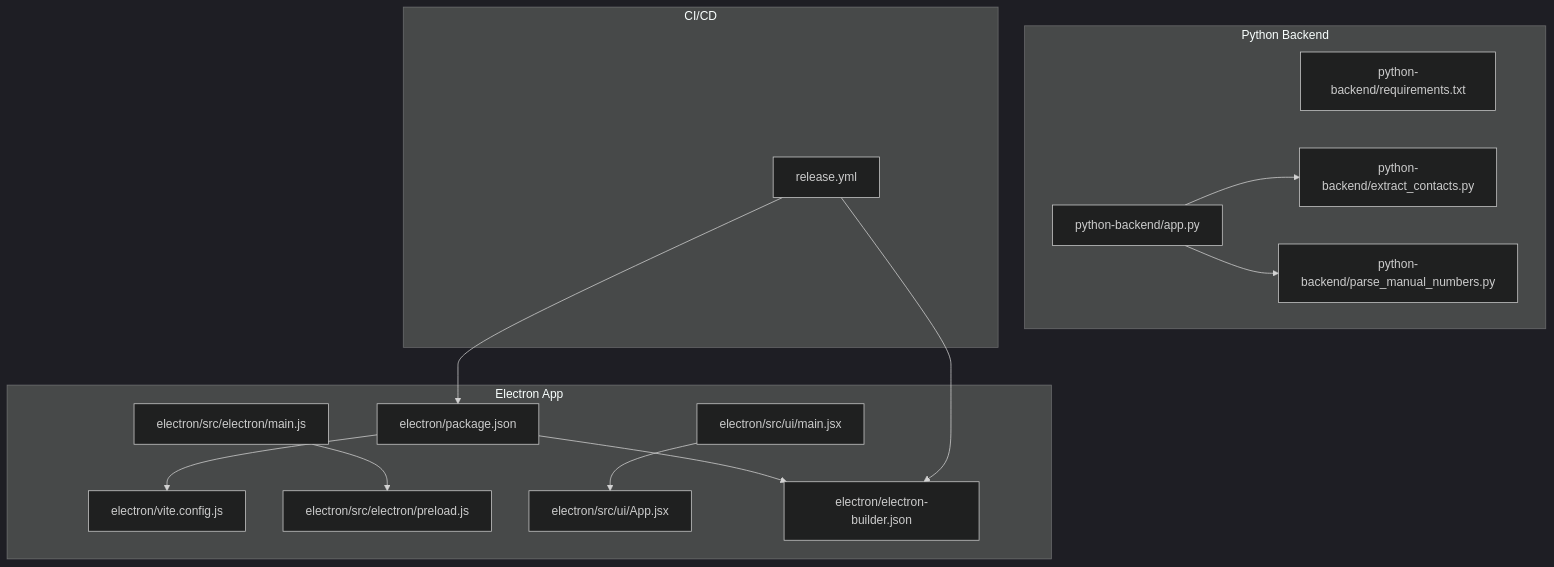
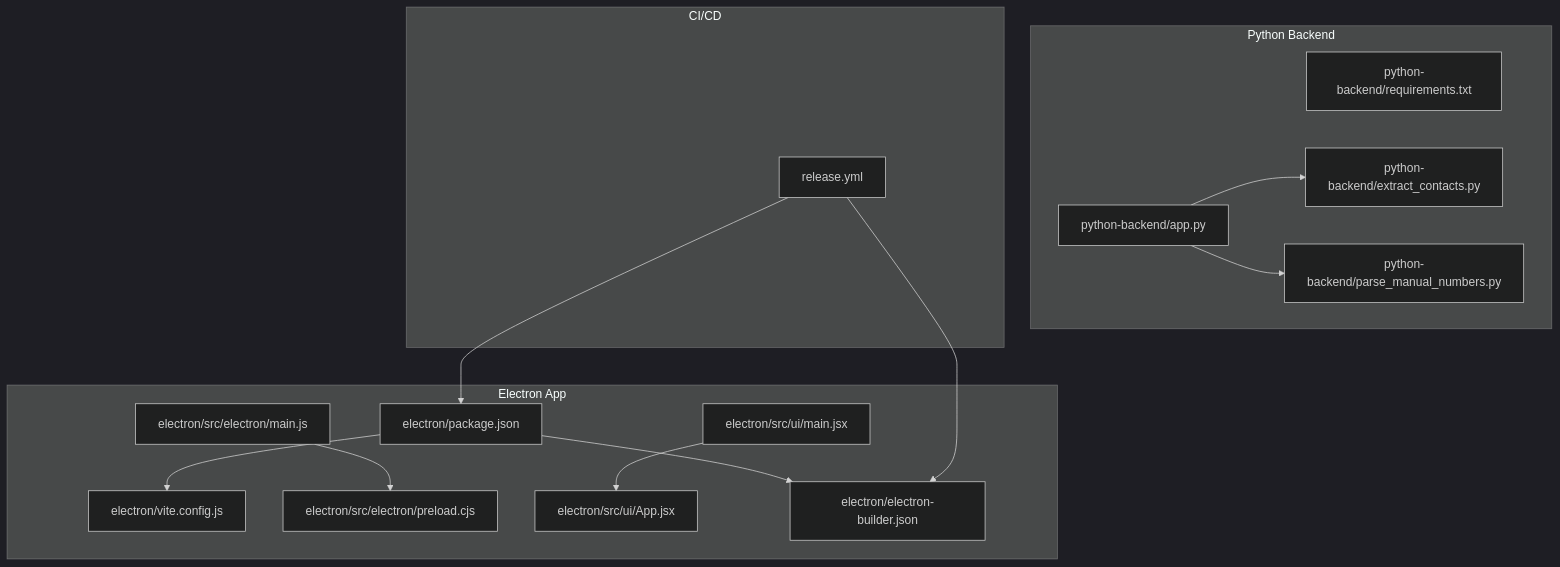
Before and after one commit to tashifkhan/tashif.codes: the first of 3 diagrams in src/data/docs/bulk-messaging-system/Build and Deployment.md, drawn with Mermaid (dark theme). The commit also changed other lines of this file and 2128 other files, not shown here.

First line of the commit message:
docs: replace raster diagram images with native Mermaid across project guides

````diff
--- a/src/data/docs/bulk-messaging-system/Build and Deployment.md
+++ b/src/data/docs/bulk-messaging-system/Build and Deployment.md
@@ -12,29 +13,29 @@
 ```mermaid
 graph TB
 subgraph "Electron App"
 E_pkg["electron/package.json"]
 E_vite["electron/vite.config.js"]
 E_main["electron/src/electron/main.js"]
-E_preload["electron/src/electron/preload.js"]
+E_preload["electron/src/electron/preload.cjs"]
 E_ui_app["electron/src/ui/App.jsx"]
 E_ui_main["electron/src/ui/main.jsx"]
 E_builder["electron/electron-builder.json"]
 end
 subgraph "Python Backend"
 P_req["python-backend/requirements.txt"]
 P_api["python-backend/app.py"]
 P_extract["python-backend/extract_contacts.py"]
 P_parse["python-backend/parse_manual_numbers.py"]
 end
 subgraph "CI/CD"
 W_rel["release.yml"]
 end
 E_pkg --> E_vite
 E_pkg --> E_builder
 E_main --> E_preload
 E_ui_main --> E_ui_app
 W_rel --> E_pkg
 W_rel --> E_builder
 P_api --> P_extract
 P_api --> P_parse
 ```
````
